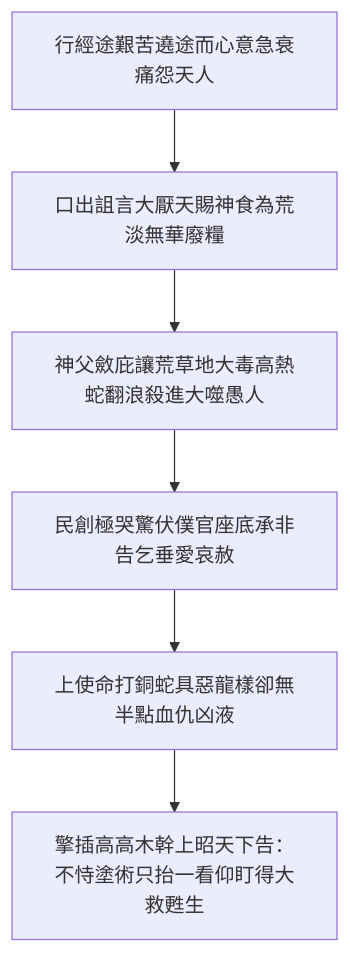
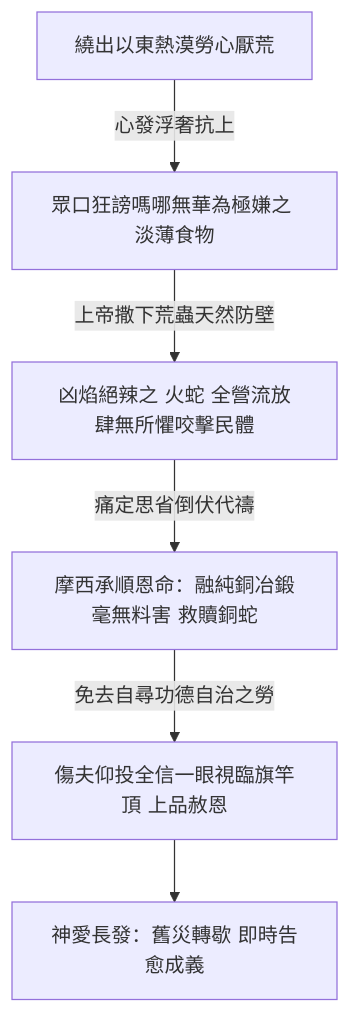
Before and after one commit to andyjr5566/Bible_wiki_zh_website: the second of 3 diagrams in content/04 民數記/第21章.md, drawn with Mermaid. The commit also changed other lines of this file and 471 other files, not shown here.

````diff
--- a/content/04 民數記/第21章.md
+++ b/content/04 民數記/第21章.md
@@ -80,8 +94,8 @@
 ```mermaid
 flowchart TD
-  A["行經途艱苦遶途而心意急衰痛怨天人"] --> B["口出詛言大厭天賜神食為荒淡無華廢糧"]
-  B --> C["神父斂庇讓荒草地大毒高熱蛇翻浪殺進大噬愚人"]
-  C --> D["民創極哭驚伏僕官座底承非告乞垂愛哀赦"]
-  D --> E["上使命打銅蛇具惡龍樣卻無半點血仇凶液"]
-  E --> F["擎插高高木幹上昭天下告：不恃塗術只抬一看仰盯得大救甦生"]
+    A["繞出以東熱漠勞心厭荒"] -->|心發浮奢抗上| B["眾口狂謗嗎哪無華為極嫌之 淡薄食物"]
+    B -->|上帝撒下荒蟲天然防壁| C["凶焰絕辣之 火蛇 全營流放肆無所懼咬擊民體"]
+    C -->|痛定思省倒伏代禱| D["摩西承順恩命：融純銅冶鍛毫無料害 救贖銅蛇"]
+    D -->|免去自尋功德自治之勞| E["傷夫仰投全信一眼視臨旗竿頂 上品赦恩"]
+    E --> F["神愛長發：舊災轉歇 即時告愈成義"]
 ```
````
